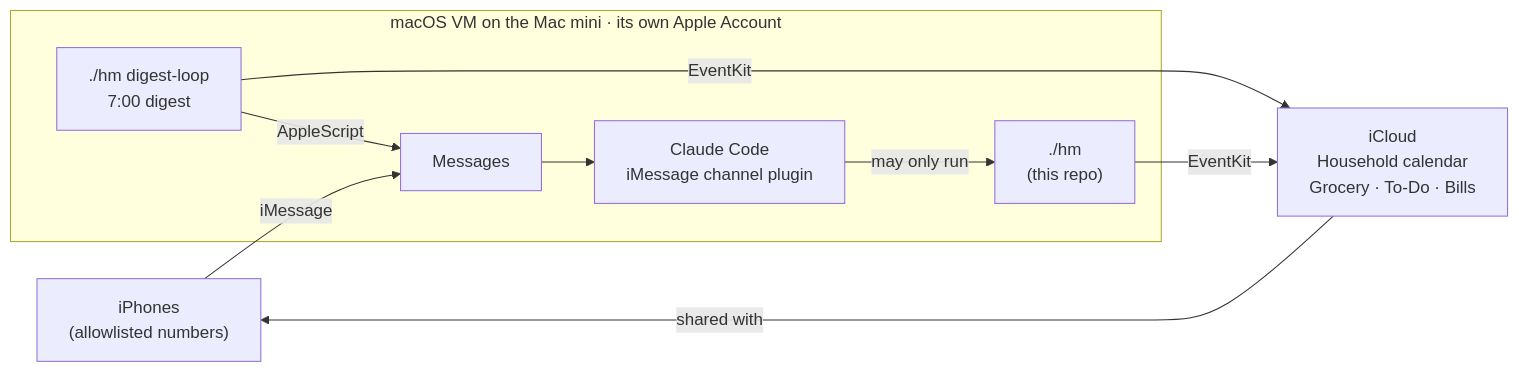
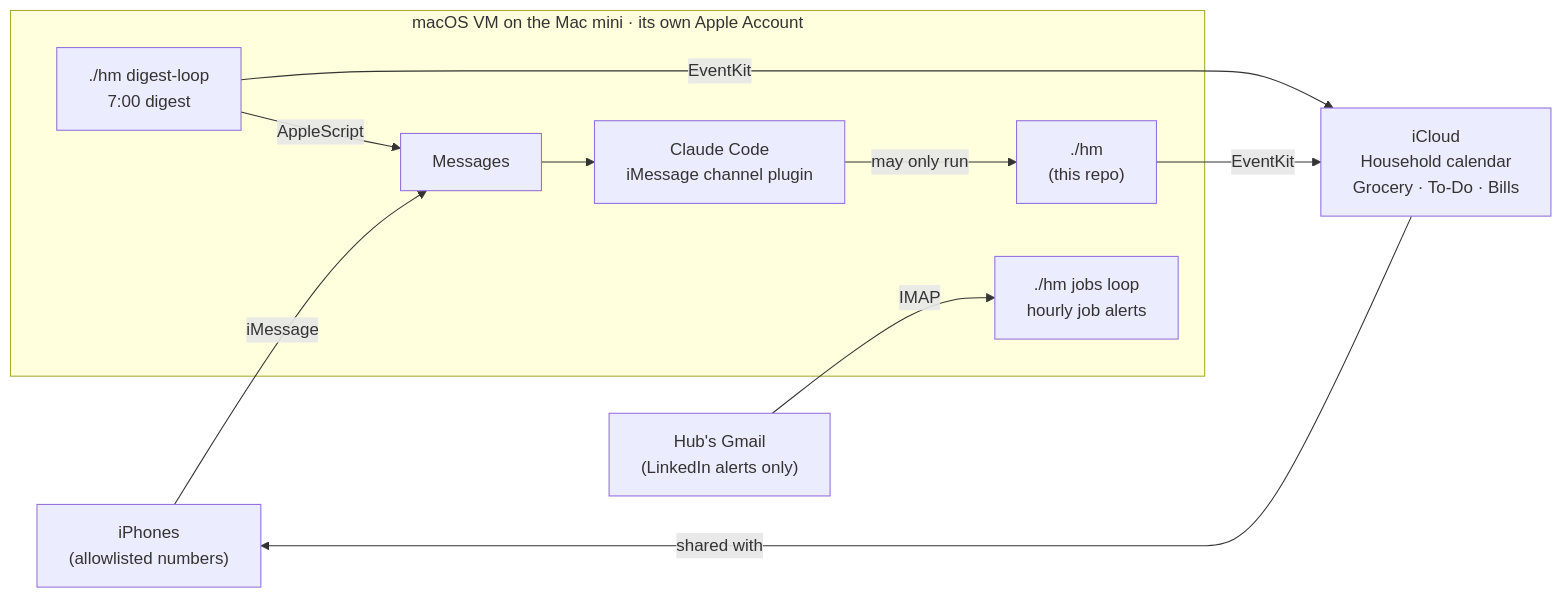
Before and after one commit to Billy13ean/family-hub: the diagram in README.md, drawn with Mermaid. The commit also changed other lines of this file and 8 other files, not shown here.

First line of the commit message:
Job alerts: fetch them from the hub's Gmail every hour

````diff
--- a/README.md
+++ b/README.md
@@ -42,13 +42,15 @@
 ```mermaid
 flowchart LR
     phones["iPhones<br/>(allowlisted numbers)"] -- iMessage --> msgs
     subgraph vm["macOS VM on the Mac mini · its own Apple Account"]
         msgs["Messages"] --> plugin["Claude Code<br/>iMessage channel plugin"]
         plugin -- "may only run" --> hm["./hm<br/>(this repo)"]
         loop["./hm digest-loop<br/>7:00 digest"]
+        jobsloop["./hm jobs loop<br/>hourly job alerts"]
     end
+    gmail["Hub's Gmail<br/>(LinkedIn alerts only)"] -- IMAP --> jobsloop
     hm -- EventKit --> icloud["iCloud<br/>Household calendar<br/>Grocery · To-Do · Bills"]
     loop -- EventKit --> icloud
     loop -- AppleScript --> msgs
     icloud -- shared with --> phones
 ```
````
